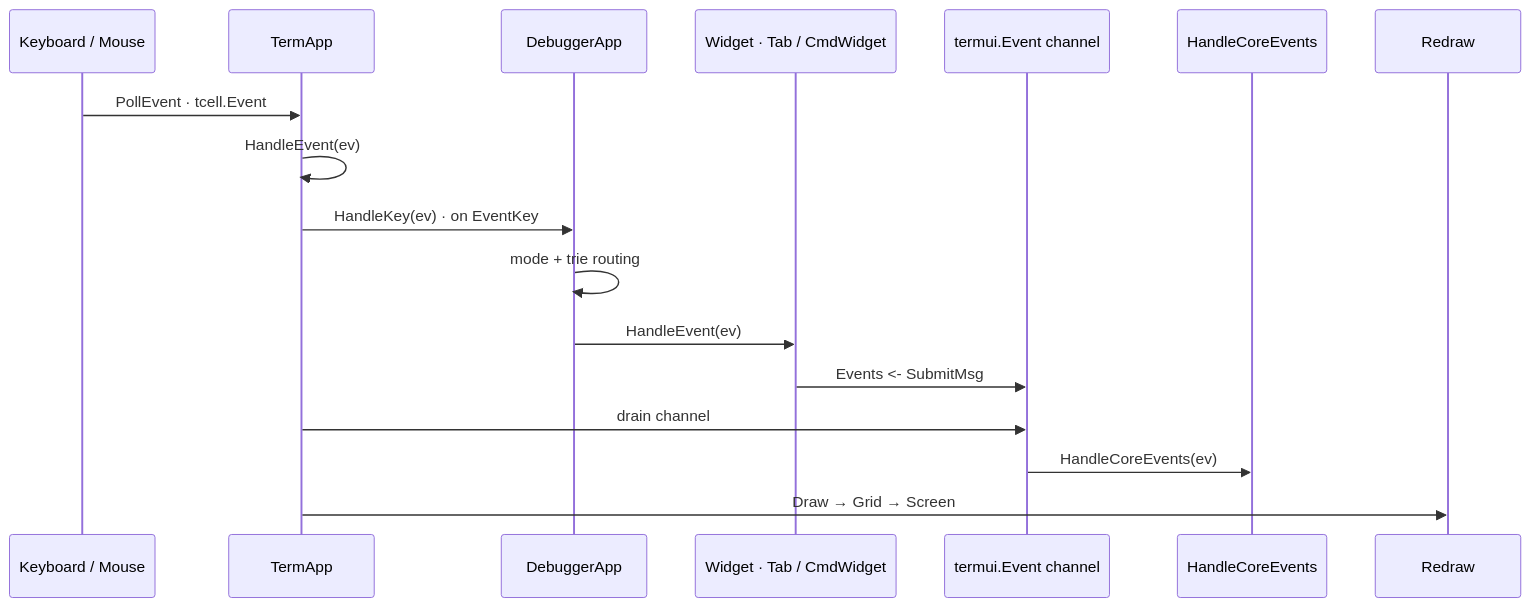
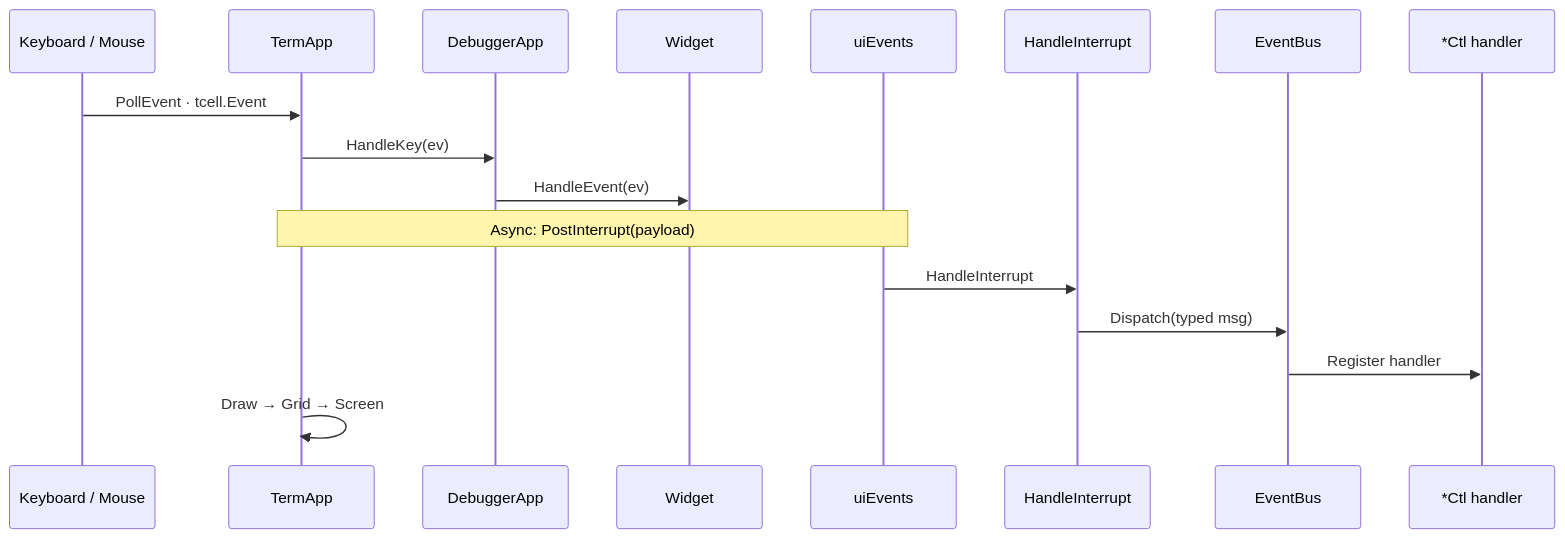
Before and after one commit to yairgd/gdbforge: the first of 4 diagrams in docs/INPUT.md, drawn with Mermaid. The commit also changed other lines of this file and 34 other files, not shown here.

````diff
--- a/docs/INPUT.md
+++ b/docs/INPUT.md
@@ -41,20 +41,20 @@
 ```mermaid
 sequenceDiagram
     participant Input as Keyboard / Mouse
     participant App as TermApp
     participant Dbg as DebuggerApp
-    participant Widget as Widget · Tab / CmdWidget
-    participant Bus as termui.Event channel
-    participant Core as HandleCoreEvents
-    participant Render as Redraw
+    participant Widget as Widget
+    participant UI as uiEvents
+    participant HI as HandleInterrupt
+    participant Bus as EventBus
+    participant Ctl as *Ctl handler
 
     Input ->> App: PollEvent · tcell.Event
-    App ->> App: HandleEvent(ev)
-    App ->> Dbg: HandleKey(ev) · on EventKey
-    Dbg ->> Dbg: mode + trie routing
+    App ->> Dbg: HandleKey(ev)
     Dbg ->> Widget: HandleEvent(ev)
-    Widget ->> Bus: Events <- SubmitMsg
-    App ->> Bus: drain channel
-    Bus ->> Core: HandleCoreEvents(ev)
-    App ->> Render: Draw → Grid → Screen
+    Note over App,UI: Async: PostInterrupt(payload)
+    UI ->> HI: HandleInterrupt
+    HI ->> Bus: Dispatch(typed msg)
+    Bus ->> Ctl: Register handler
+    App ->> App: Draw → Grid → Screen
 ```
````
